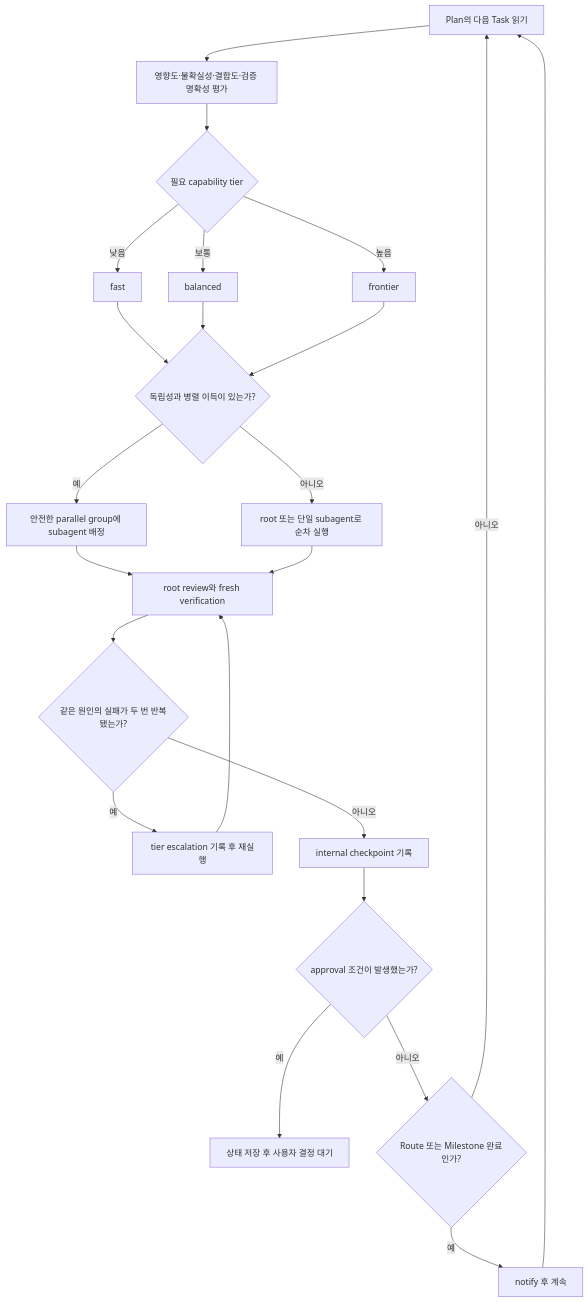
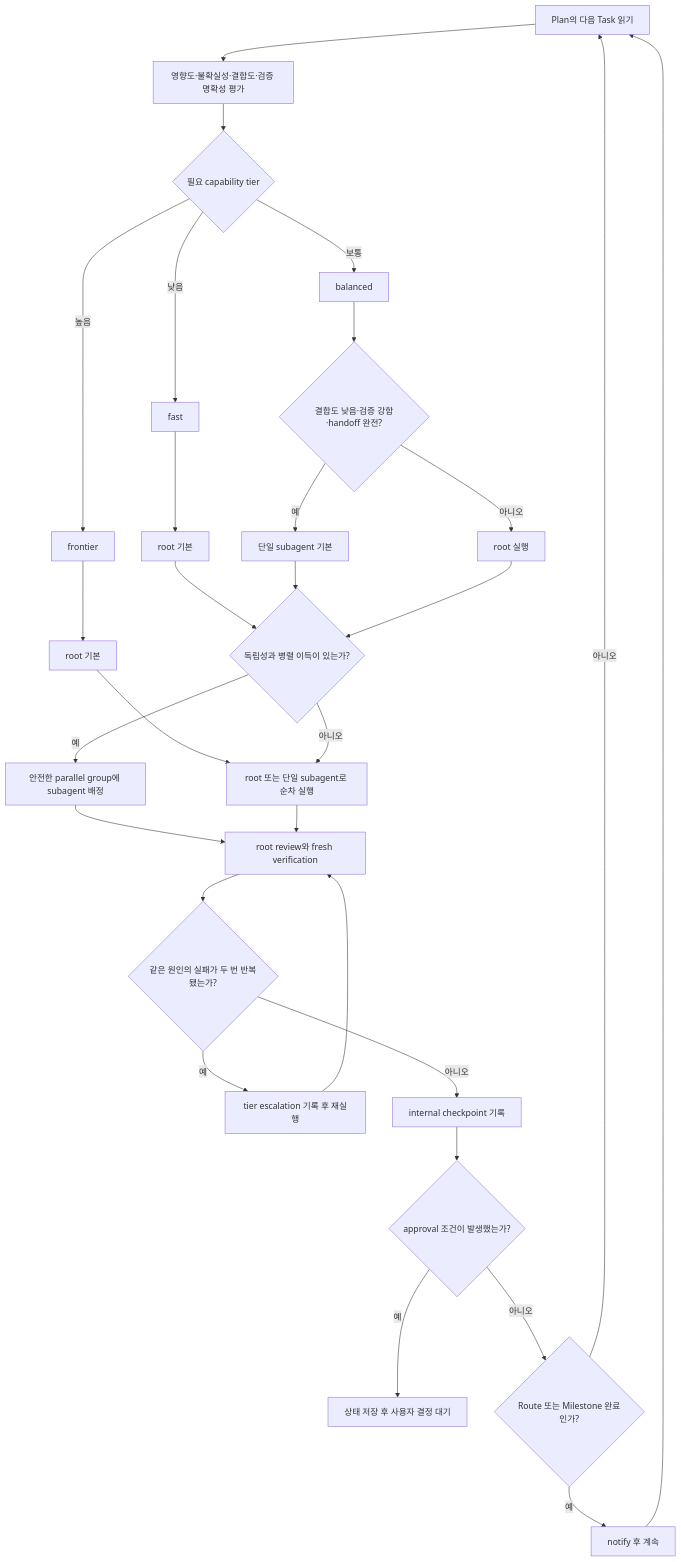
One commit to hope1026/aiagent-plugins changed the first of 2 diagrams in docs/specs/004-adaptive-execution-routing/spec.md. Above: the diagram before and after it, drawn with Mermaid. The commit also changed other lines of this file and 4 other files, not shown here.

````diff
--- a/docs/specs/004-adaptive-execution-routing/spec.md
+++ b/docs/specs/004-adaptive-execution-routing/spec.md
@@ -77,25 +81,31 @@
 ```mermaid
 flowchart TD
     A[Plan의 다음 Task 읽기] --> B[영향도·불확실성·결합도·검증 명확성 평가]
     B --> C{필요 capability tier}
     C -- 낮음 --> D[fast]
     C -- 보통 --> E[balanced]
     C -- 높음 --> F[frontier]
-    D --> G{독립성과 병렬 이득이 있는가?}
-    E --> G
-    F --> G
+    D --> D1[root 기본]
+    E --> E1{결합도 낮음·검증 강함·handoff 완전?}
+    E1 -- 예 --> E2[단일 subagent 기본]
+    E1 -- 아니오 --> E3[root 실행]
+    F --> F1[root 기본]
+    D1 --> G{독립성과 병렬 이득이 있는가?}
+    E2 --> G
+    E3 --> G
+    F1 --> I
     G -- 예 --> H[안전한 parallel group에 subagent 배정]
     G -- 아니오 --> I[root 또는 단일 subagent로 순차 실행]
     H --> J[root review와 fresh verification]
     I --> J
     J --> K{같은 원인의 실패가 두 번 반복됐는가?}
     K -- 예 --> L[tier escalation 기록 후 재실행]
     K -- 아니오 --> M[internal checkpoint 기록]
     L --> J
     M --> N{approval 조건이 발생했는가?}
     N -- 예 --> O[상태 저장 후 사용자 결정 대기]
     N -- 아니오 --> P{Route 또는 Milestone 완료인가?}
     P -- 예 --> Q[notify 후 계속]
     P -- 아니오 --> A
     Q --> A
 ```
````
